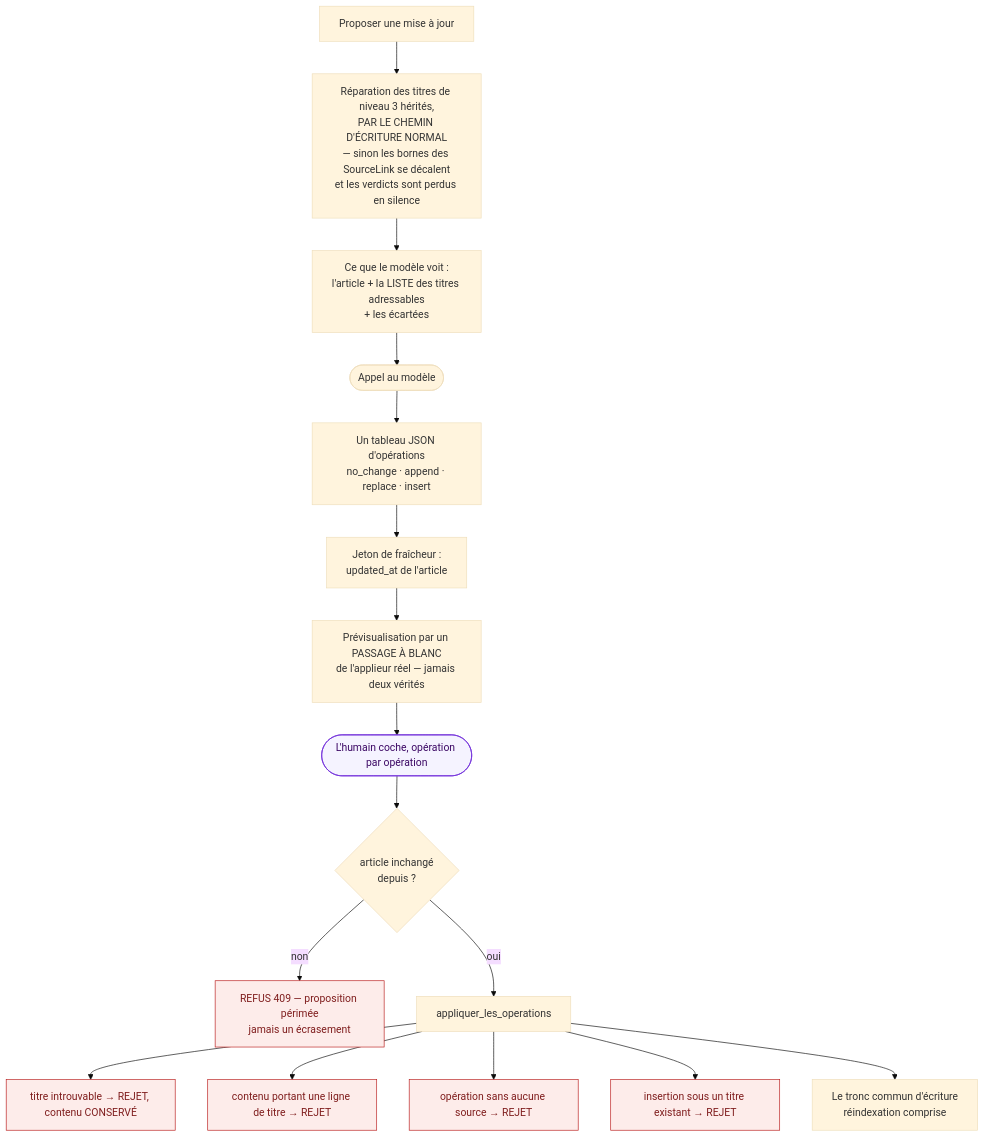
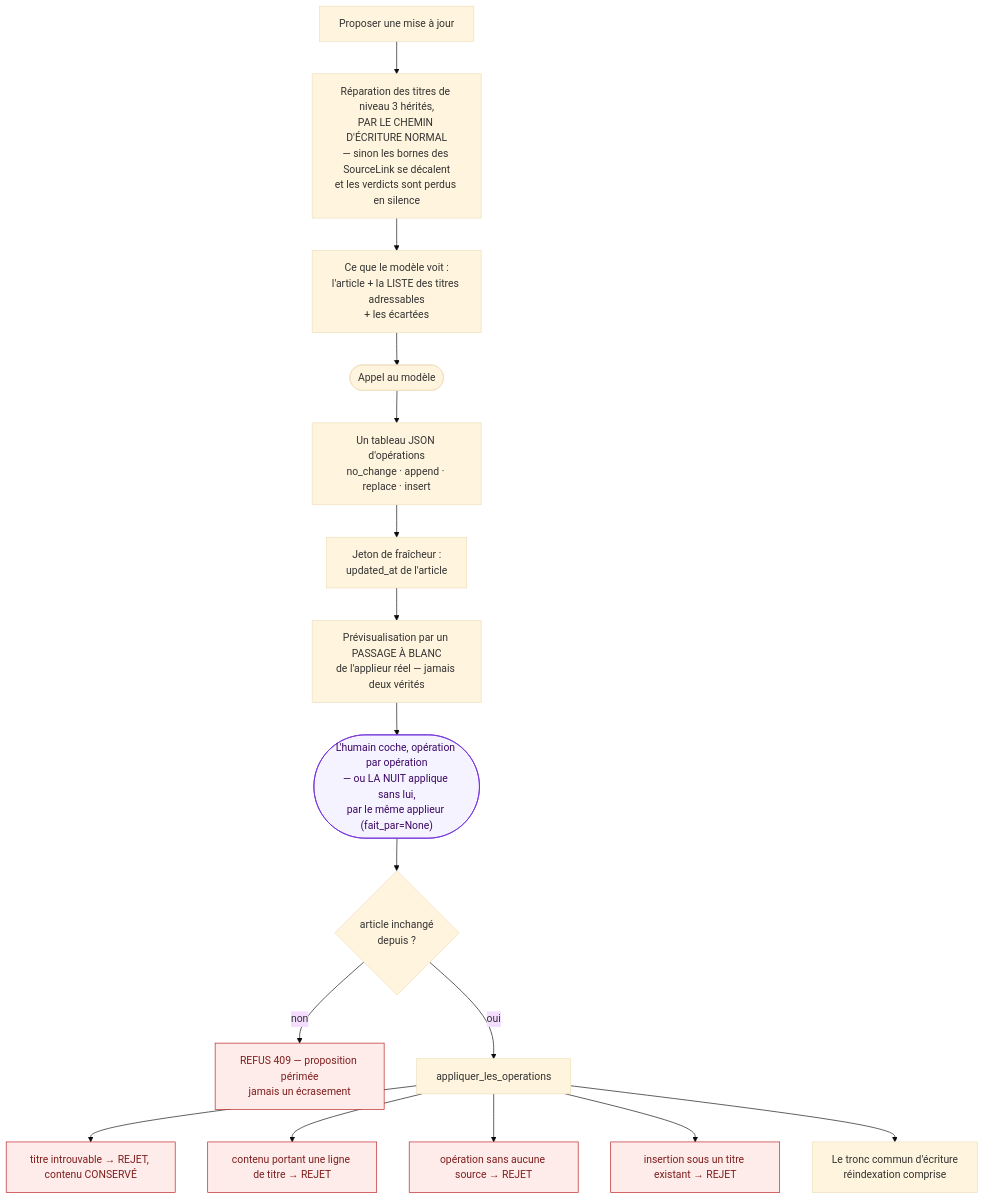
One commit to CoopCodeCommun/Hypostasia changed the fifth of 5 diagrams in PLAN/Diagrams/02-du-prompt-a-l-article-source.md. Above: the diagram before and after it, drawn with Mermaid (base theme). The commit also changed 54 other files, not shown here.

````diff
--- a/PLAN/Diagrams/02-du-prompt-a-l-article-source.md
+++ b/PLAN/Diagrams/02-du-prompt-a-l-article-source.md
@@ -151,36 +151,36 @@
 ```mermaid
 flowchart TD
     B["Proposer une mise à jour"]
     REP0["Réparation des titres de niveau 3 hérités,<br/>PAR LE CHEMIN D'ÉCRITURE NORMAL<br/>— sinon les bornes des SourceLink se décalent<br/>et les verdicts sont perdus en silence"]
     EXP["Ce que le modèle voit :<br/>l'article + la LISTE des titres adressables<br/>+ les écartées"]
     LLM(["Appel au modèle"])
     OPS["Un tableau JSON d'opérations<br/>no_change · append · replace · insert"]
     JETON["Jeton de fraîcheur :<br/>updated_at de l'article"]
 
     PREV["Prévisualisation par un PASSAGE À BLANC<br/>de l'applieur réel — jamais deux vérités"]
-    HUM(["L'humain coche, opération par opération"])
+    HUM(["L'humain coche, opération par opération<br/>— ou LA NUIT applique sans lui,<br/>par le même applieur (fait_par=None)"])
 
     FRAIS{"article inchangé<br/>depuis ?"}
     PERIME["REFUS 409 — proposition périmée<br/>jamais un écrasement"]
 
     APP["appliquer_les_operations"]
     R1["titre introuvable → REJET, contenu CONSERVÉ"]
     R2["contenu portant une ligne de titre → REJET"]
     R3["opération sans aucune source → REJET"]
     R4["insertion sous un titre existant → REJET"]
     TRONC["Le tronc commun d'écriture<br/>réindexation comprise"]
 
     B --> REP0 --> EXP --> LLM --> OPS --> JETON --> PREV --> HUM --> FRAIS
     FRAIS -- non --> PERIME
     FRAIS -- oui --> APP
     APP --> R1
     APP --> R2
     APP --> R3
     APP --> R4
     APP --> TRONC
 
     classDef refus fill:#fdecea,stroke:#b91c1c,color:#7f1d1d
     classDef humain fill:#f5f3ff,stroke:#6d28d9,color:#3b0764
     class PERIME,R1,R2,R3,R4 refus
     class HUM humain
 ```
````
